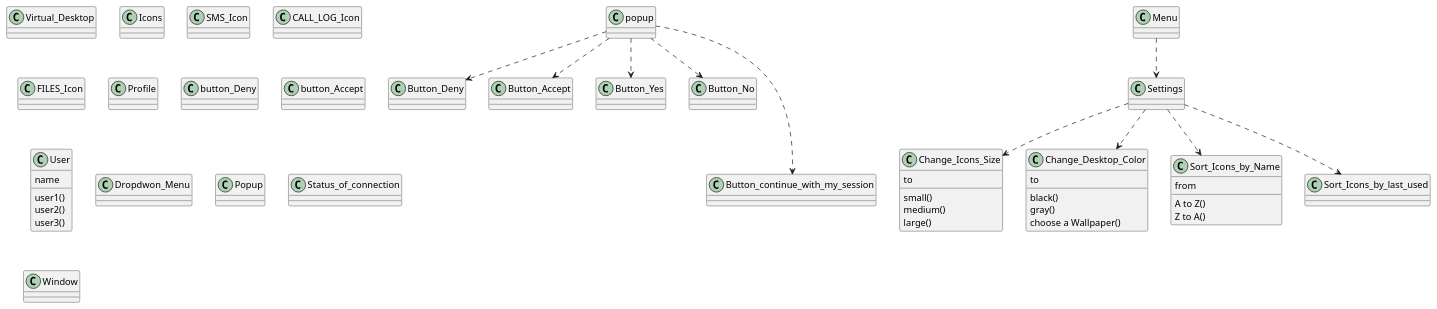
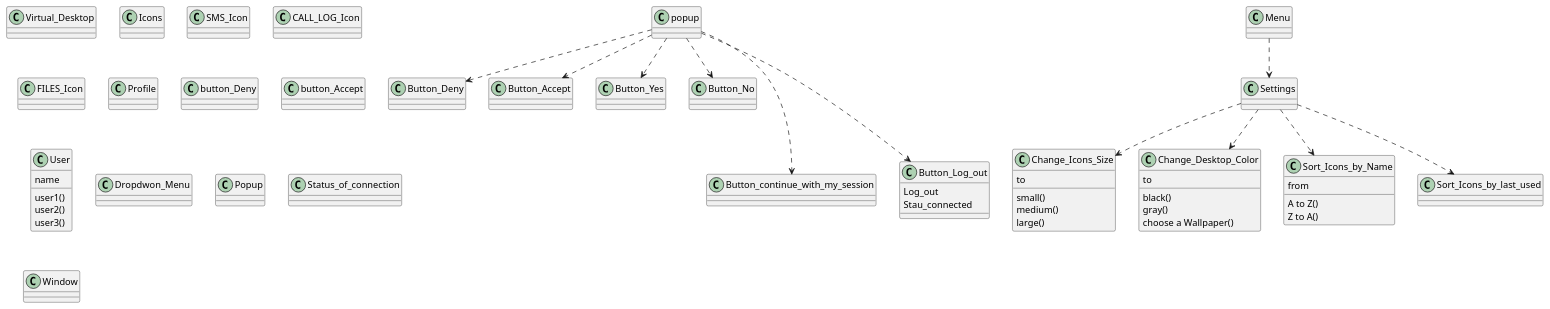
Before and after one commit to ofrasia/Remote_Phone_App_1: the diagram in Class Diagram.puml, drawn with PlantUML. The commit also changed 3 other files, not shown here.

```diff
--- a/Class Diagram.puml
+++ b/Class Diagram.puml
@@ -1,72 +1,78 @@
 @startuml
 class Virtual_Desktop {
 }
 class Icons {
 }
 class SMS_Icon {
 }
 class CALL_LOG_Icon {
 }
 class FILES_Icon {
 }
 class Profile {
 }
 class button_Deny {
 }
 class button_Accept
 popup ..> Button_Deny
 popup ..>Button_Accept
 popup ..> Button_Yes
 popup ..> Button_No
 popup -.-> Button_continue_with_my_session
+popup -.-> Button_Log_out
+
+class Button_Log_out {
+Log_out
+Stau_connected
+}
 
 class Change_Icons_Size {
 to
 small()
 medium()
 large()
 }
 
 class Change_Desktop_Color {
 to
 black()
 gray()
 choose a Wallpaper()
 }
 
 class Sort_Icons_by_Name {
 from
 A to Z()
 Z to A()
 }
 
 
 
 Menu ..> Settings
 Settings ..> Change_Icons_Size
 Settings ..> Change_Desktop_Color
 Settings ..> Sort_Icons_by_Name
 Settings ..> Sort_Icons_by_last_used
 
 class User {
 name
 user1()
 user2()
 user3()
 }
 class Dropdwon_Menu {
 }
 class Popup {
 }
 class Settings {
 }
 class Status_of_connection {
 }
 class Window {
 }
 class Button_Yes {
 }
 class Button_No {
 }
 
 @enduml
```
